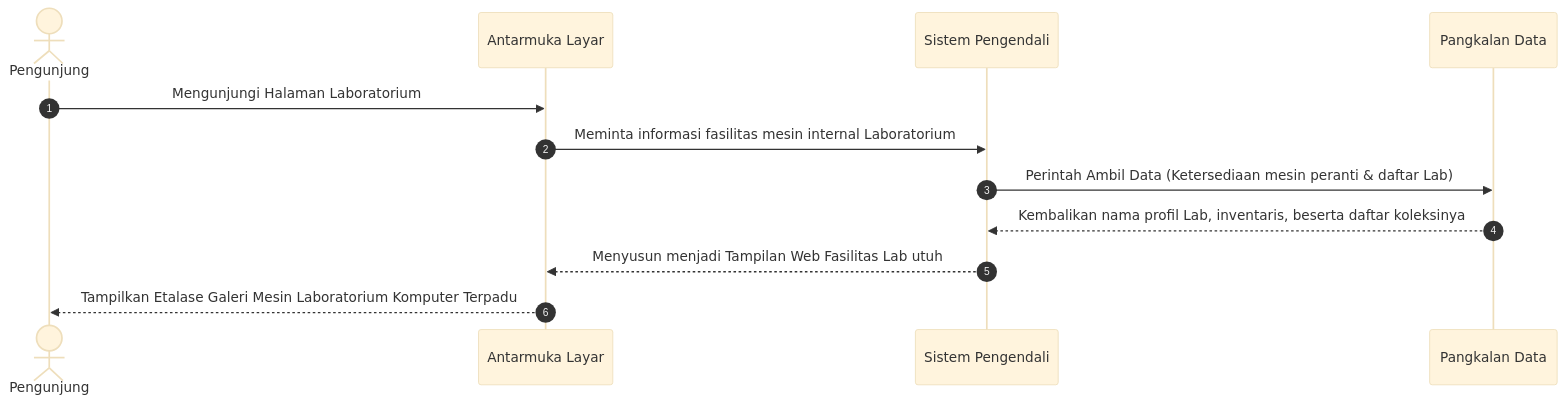
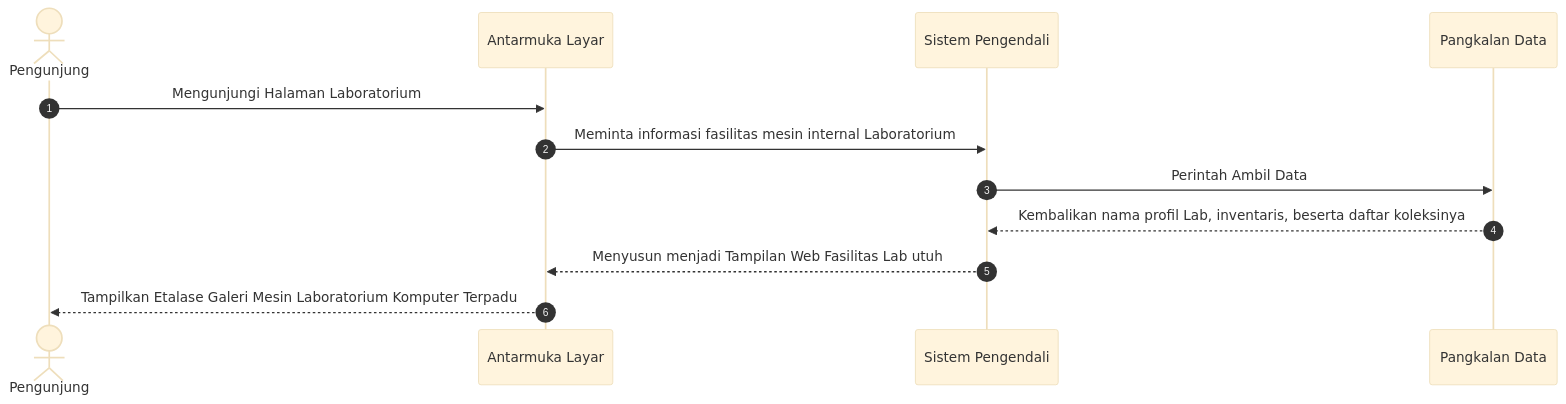
Diagram 11 of 39 in docs/02_DIAGRAM_URUTAN_SEQUENCE.md (arbain-dev/Web_fikom), drawn with Mermaid (base theme) before and after one commit. The commit also changed other lines of this file, not shown here.

````diff
--- a/docs/02_DIAGRAM_URUTAN_SEQUENCE.md
+++ b/docs/02_DIAGRAM_URUTAN_SEQUENCE.md
@@ -267,17 +267,17 @@
 ```mermaid
 sequenceDiagram
     autonumber
     actor User as Pengunjung
     participant Frontend as Antarmuka Layar
     participant Backend as Sistem Pengendali
     participant Database as Pangkalan Data
 
     User->>Frontend: Mengunjungi Halaman Laboratorium
     Frontend->>Backend: Meminta informasi fasilitas mesin internal Laboratorium
     
-    Backend->>Database: Perintah Ambil Data (Ketersediaan mesin peranti & daftar Lab)
+    Backend->>Database: Perintah Ambil Data
     Database-->>Backend: Kembalikan nama profil Lab, inventaris, beserta daftar koleksinya
     
     Backend-->>Frontend: Menyusun menjadi Tampilan Web Fasilitas Lab utuh
     Frontend-->>User: Tampilkan Etalase Galeri Mesin Laboratorium Komputer Terpadu
 ```
````
